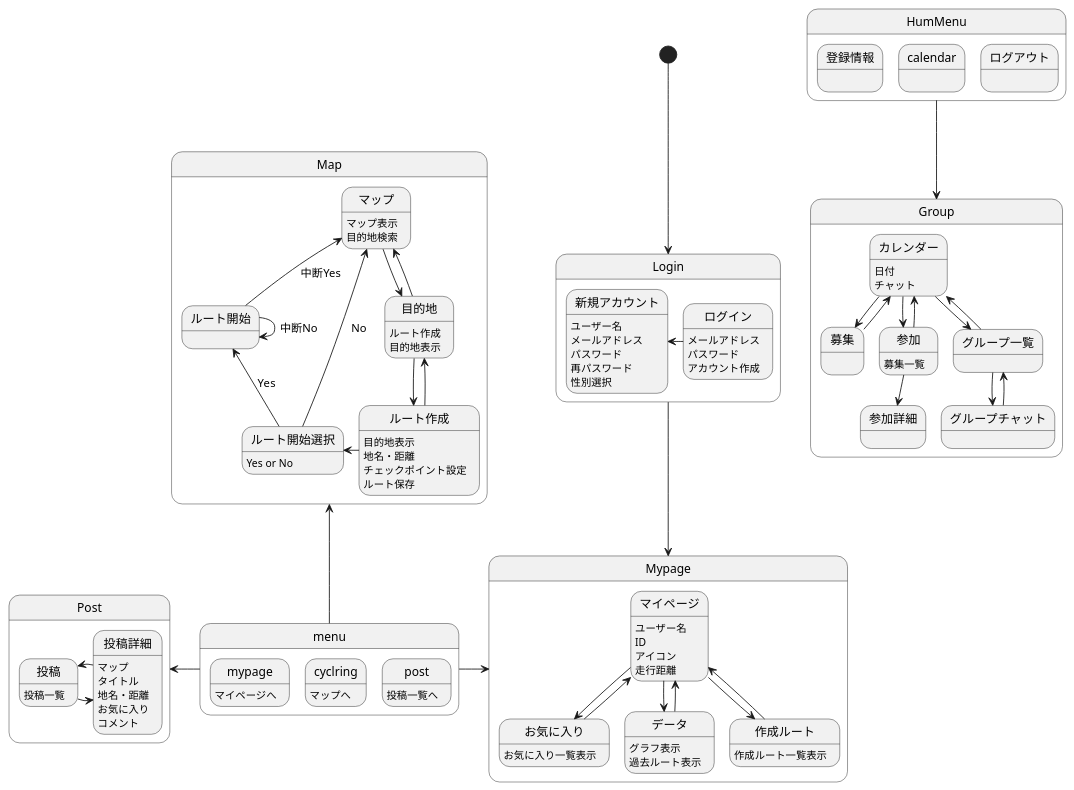
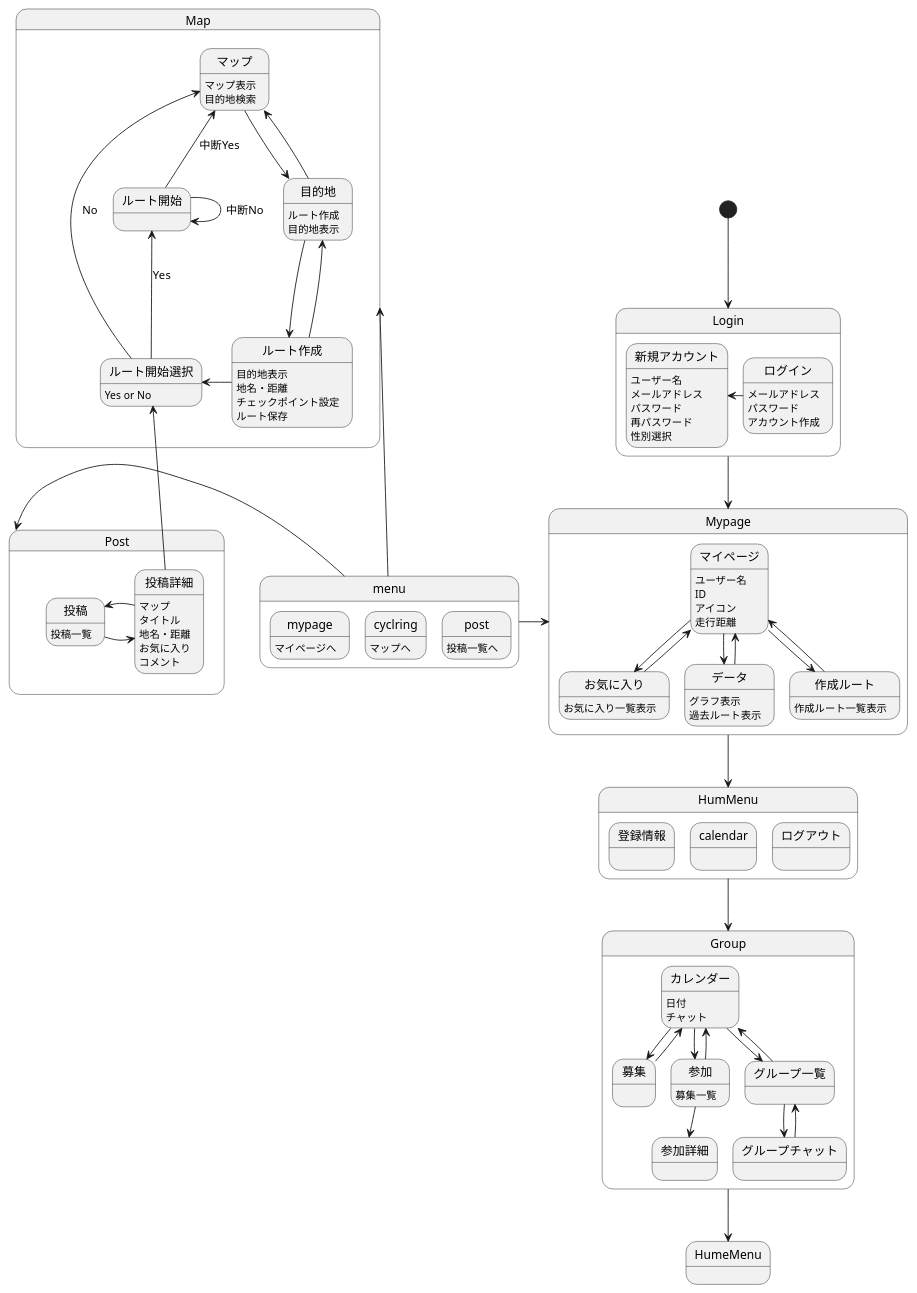
One commit to AsoSD3A3/CyclingSystem changed the diagram in 画面遷移図/gm.md. Above: the diagram before and after it, drawn with PlantUML.

```diff
--- a/画面遷移図/gm.md
+++ b/画面遷移図/gm.md
@@ -14,6 +14,9 @@
 }
 
 HumMenu-down->Group
+Group-->HumeMenu
+
+Mypage-down->HumMenu
 
 state Group{
 カレンダー:日付
@@ -103,6 +106,7 @@
 投稿詳細:地名・距離
 投稿詳細:お気に入り
 投稿詳細:コメント
+投稿詳細-up->ルート開始選択
 }
 
 @enduml
```
